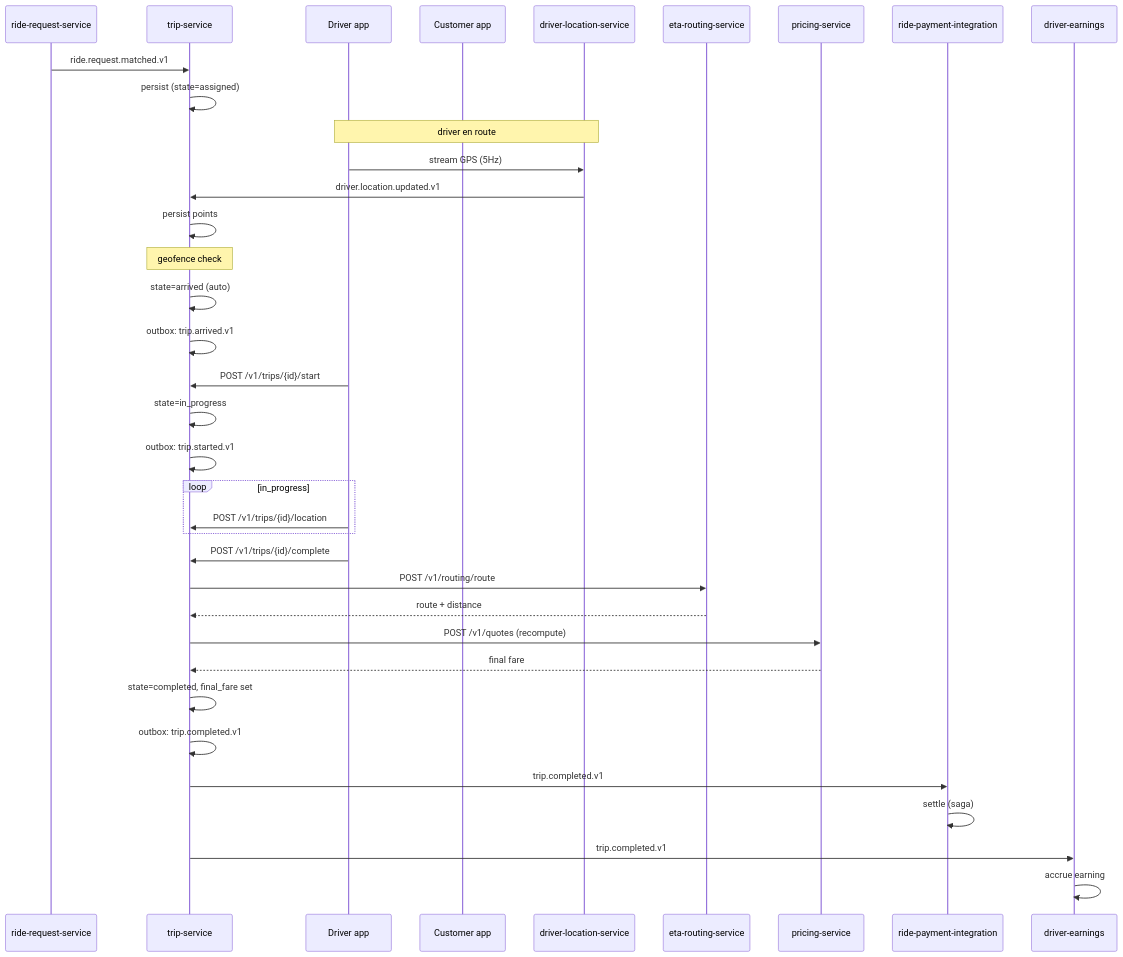
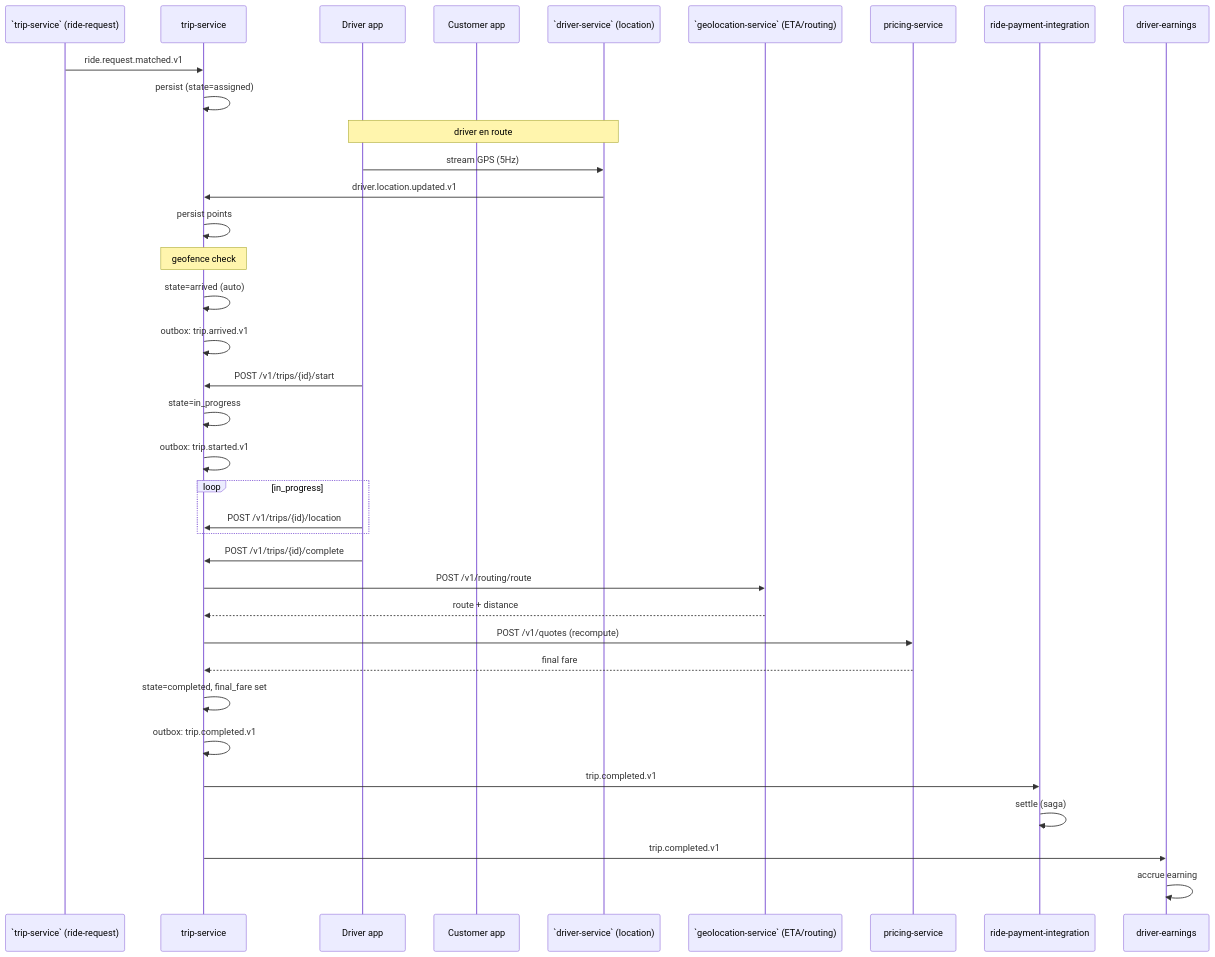
The first of 9 diagrams in docs/services/trip-service/WORKFLOWS.md (mohamedhabibwork/trips-enjoy-docs), drawn with Mermaid before and after one commit. The commit also changed other lines of this file and 525 other files, not shown here.

````diff
--- a/docs/services/trip-service/WORKFLOWS.md
+++ b/docs/services/trip-service/WORKFLOWS.md
@@ -38,39 +38,39 @@
 ```mermaid
 sequenceDiagram
-    participant RR as ride-request-service
+    participant RR as `trip-service` (ride-request)
     participant TS as trip-service
     participant DR as Driver app
     participant C as Customer app
-    participant DL as driver-location-service
-    participant ETA as eta-routing-service
+    participant DL as `driver-service` (location)
+    participant ETA as `geolocation-service` (ETA/routing)
     participant PRC as pricing-service
     participant RPI as ride-payment-integration
     participant DE as driver-earnings
 
     RR->>TS: ride.request.matched.v1
     TS->>TS: persist (state=assigned)
     Note over DR,DL: driver en route
     DR->>DL: stream GPS (5Hz)
     DL->>TS: driver.location.updated.v1
     TS->>TS: persist points
     Note over TS: geofence check
     TS->>TS: state=arrived (auto)
     TS->>TS: outbox: trip.arrived.v1
     DR->>TS: POST /v1/trips/{id}/start
     TS->>TS: state=in_progress
     TS->>TS: outbox: trip.started.v1
     loop in_progress
         DR->>TS: POST /v1/trips/{id}/location
     end
     DR->>TS: POST /v1/trips/{id}/complete
     TS->>ETA: POST /v1/routing/route
     ETA-->>TS: route + distance
     TS->>PRC: POST /v1/quotes (recompute)
     PRC-->>TS: final fare
     TS->>TS: state=completed, final_fare set
     TS->>TS: outbox: trip.completed.v1
     TS->>RPI: trip.completed.v1
     RPI->>RPI: settle (saga)
     TS->>DE: trip.completed.v1
     DE->>DE: accrue earning
 ```
````
